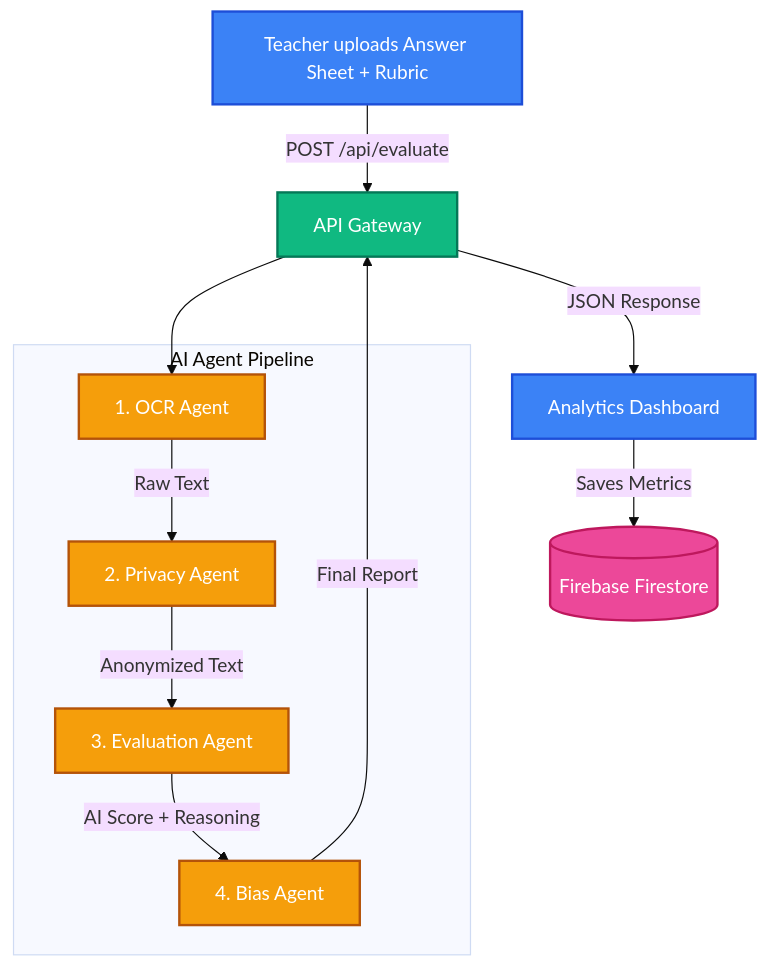
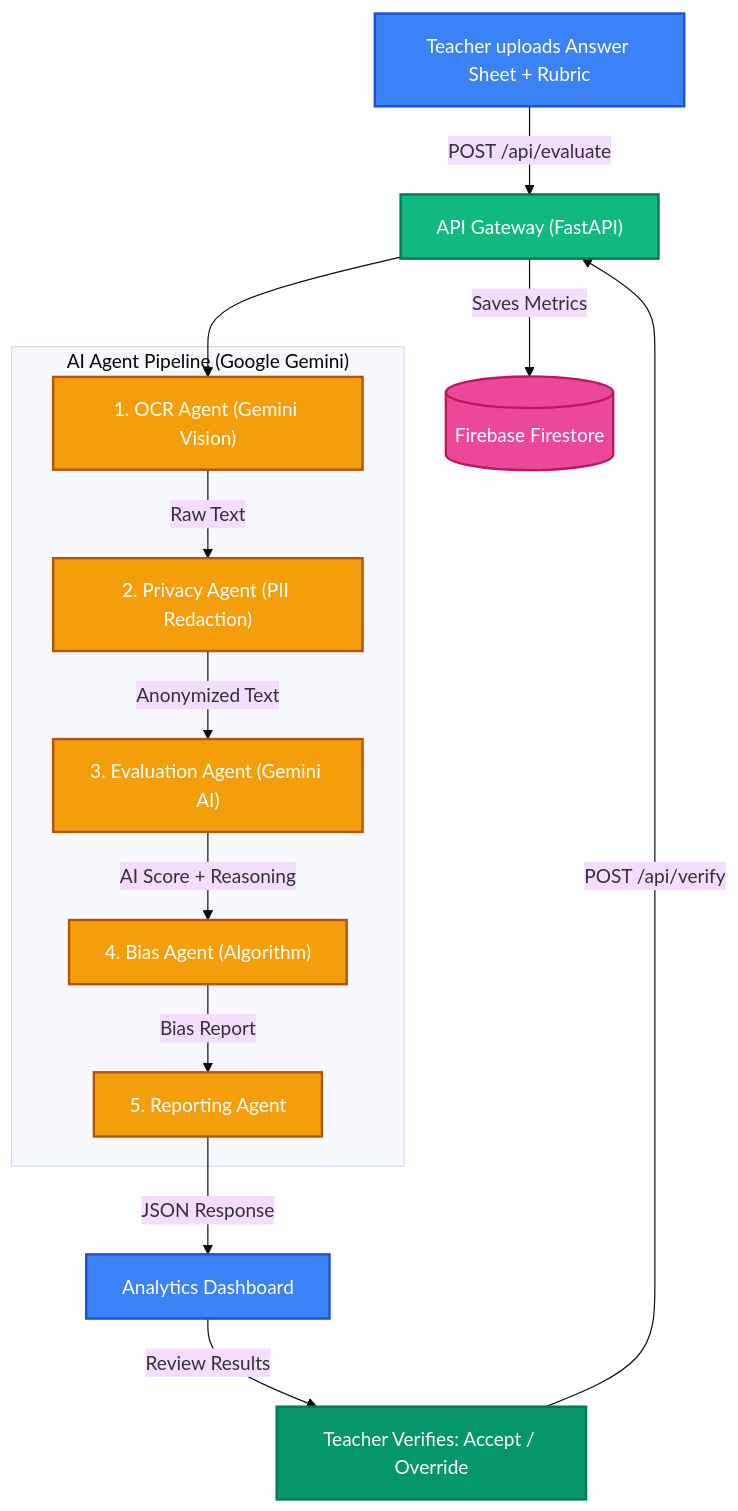
One commit to Yashasm18/Fair-Grade changed the diagram in README.md. Above: the diagram before and after it, drawn with Mermaid (base theme). The commit also changed other lines of this file and 12 other files, not shown here.

First line of the commit message:
feat: Human-in-the-Loop teacher verification, granular error handling, impact metrics

````diff
--- a/README.md
+++ b/README.md
@@ -79,29 +113,34 @@
 ```mermaid
 graph TD
     classDef frontend fill:#3b82f6,stroke:#1d4ed8,stroke-width:2px,color:#fff;
     classDef backend fill:#10b981,stroke:#047857,stroke-width:2px,color:#fff;
     classDef agents fill:#f59e0b,stroke:#b45309,stroke-width:2px,color:#fff;
     classDef database fill:#ec4899,stroke:#be185d,stroke-width:2px,color:#fff;
+    classDef hitl fill:#059669,stroke:#047857,stroke-width:2px,color:#fff;
 
     A["Teacher uploads Answer Sheet + Rubric"]:::frontend
     B["Analytics Dashboard"]:::frontend
-    C["API Gateway"]:::backend
+    C["API Gateway (FastAPI)"]:::backend
 
-    subgraph "AI Agent Pipeline"
-        D["1. OCR Agent"]:::agents
-        E["2. Privacy Agent"]:::agents
-        F["3. Evaluation Agent"]:::agents
-        G["4. Bias Agent"]:::agents
+    subgraph "AI Agent Pipeline (Google Gemini)"
+        D["1. OCR Agent (Gemini Vision)"]:::agents
+        E["2. Privacy Agent (PII Redaction)"]:::agents
+        F["3. Evaluation Agent (Gemini AI)"]:::agents
+        G["4. Bias Agent (Algorithm)"]:::agents
+        H["5. Reporting Agent"]:::agents
     end
 
-    H[("Firebase Firestore")]:::database
+    I[("Firebase Firestore")]:::database
+    J["Teacher Verifies: Accept / Override"]:::hitl
 
     A -->|"POST /api/evaluate"| C
     C --> D
     D -->|"Raw Text"| E
     E -->|"Anonymized Text"| F
     F -->|"AI Score + Reasoning"| G
-    G -->|"Final Report"| C
-    C -->|"JSON Response"| B
-    B -->|"Saves Metrics"| H
+    G -->|"Bias Report"| H
+    H -->|"JSON Response"| B
+    B -->|"Review Results"| J
+    J -->|"POST /api/verify"| C
+    C -->|"Saves Metrics"| I
 ```
````
